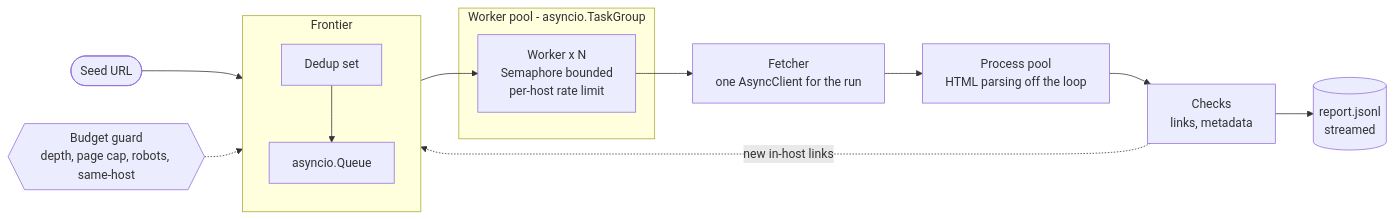
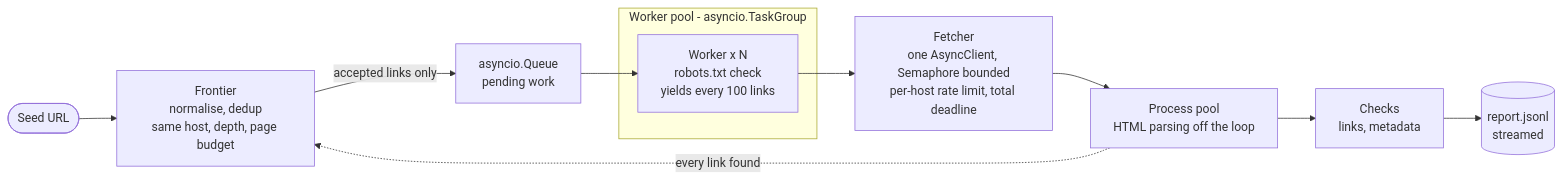
Before and after one commit to subham-hq/site-auditor: the first of 2 diagrams in README.md, drawn with Mermaid. The commit also changed other lines of this file and 1 other file, not shown here.

First line of the commit message:
docs: correct the architecture to match the code

````diff
--- a/README.md
+++ b/README.md
@@ -284,26 +284,18 @@
 ```mermaid
 flowchart LR
-    A(["Seed URL"]) --> F1
+    A(["Seed URL"]) --> FR
 
-    subgraph FR["Frontier"]
-        direction TB
-        F1["Dedup set"]
-        F2["asyncio.Queue"]
-        F1 --> F2
+    FR["Frontier<br/>normalise, dedup<br/>same host, depth, page budget"]
+    FR -->|"accepted links only"| Q["asyncio.Queue<br/>pending work"]
+    Q --> W
+
+    subgraph WP["Worker pool - asyncio.TaskGroup"]
+        W["Worker x N<br/>robots.txt check<br/>yields every 100 links"]
     end
 
-    F2 --> W
-
-    subgraph WP["Worker pool - asyncio.TaskGroup"]
-        W["Worker x N<br/>Semaphore bounded<br/>per-host rate limit"]
-    end
-
-    W --> FE["Fetcher<br/>one AsyncClient for the run"]
+    W --> FE["Fetcher<br/>one AsyncClient, Semaphore bounded<br/>per-host rate limit, total deadline"]
     FE --> PP["Process pool<br/>HTML parsing off the loop"]
     PP --> CH["Checks<br/>links, metadata"]
     CH --> WR[("report.jsonl<br/>streamed")]
-    CH -.->|"new in-host links"| F1
-
-    BG{{"Budget guard<br/>depth, page cap, robots, same-host"}}
-    BG -.-> F1
+    PP -.->|"every link found"| FR
 ```
````
